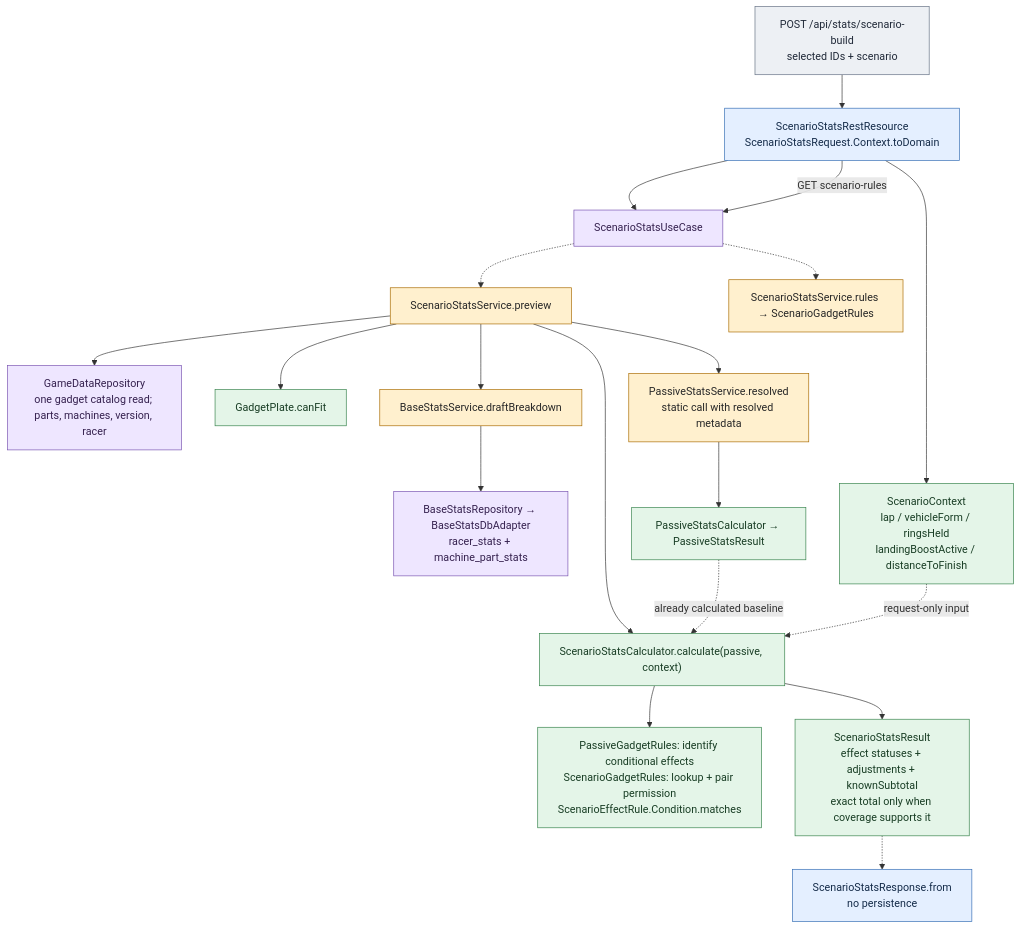
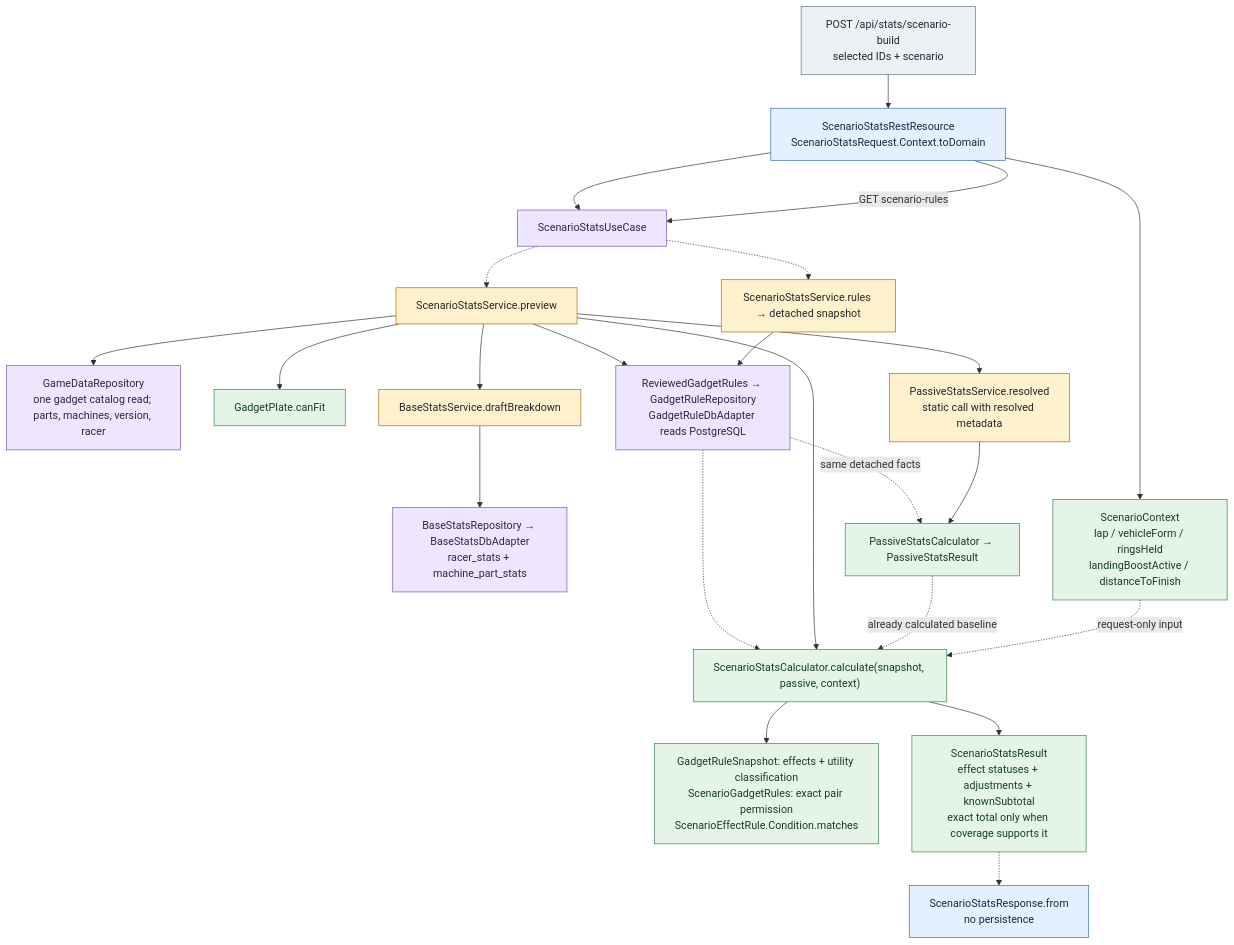
Diagram 14 of 31 in docs/architecture-atlas.md (alexungu04genoff/RingLab), drawn with Mermaid before and after one commit. The commit also changed other lines of this file and 66 other files, not shown here.

Commit message:
feat(game-data): externalize versioned gadget rule facts

````diff
--- a/docs/architecture-atlas.md
+++ b/docs/architecture-atlas.md
@@ -815,35 +845,39 @@
 ```mermaid
 flowchart TB
   h["POST /api/stats/scenario-build<br/>selected IDs + scenario"]:::outside
   r["ScenarioStatsRestResource<br/>ScenarioStatsRequest.Context.toDomain"]:::rest
   s["ScenarioStatsService.preview"]:::app
   game["GameDataRepository<br/>one gadget catalog read; parts, machines, version, racer"]:::port
   plate["GadgetPlate.canFit"]:::domain
   base["BaseStatsService.draftBreakdown"]:::app
   source["BaseStatsRepository → BaseStatsDbAdapter<br/>racer_stats + machine_part_stats"]:::port
   passive["PassiveStatsService.resolved<br/>static call with resolved metadata"]:::app
   pc["PassiveStatsCalculator → PassiveStatsResult"]:::domain
   ctx["ScenarioContext<br/>lap / vehicleForm / ringsHeld<br/>landingBoostActive / distanceToFinish"]:::domain
-  sc["ScenarioStatsCalculator.calculate(passive, context)"]:::domain
-  rules["PassiveGadgetRules: identify conditional effects<br/>ScenarioGadgetRules: lookup + pair permission<br/>ScenarioEffectRule.Condition.matches"]:::domain
+  sc["ScenarioStatsCalculator.calculate(snapshot, passive, context)"]:::domain
+  rules["GadgetRuleSnapshot: effects + utility classification<br/>ScenarioGadgetRules: exact pair permission<br/>ScenarioEffectRule.Condition.matches"]:::domain
   result["ScenarioStatsResult<br/>effect statuses + adjustments + knownSubtotal<br/>exact total only when coverage supports it"]:::domain
   dto["ScenarioStatsResponse.from<br/>no persistence"]:::rest
   h --> r --> input["ScenarioStatsUseCase"]:::port -.-> s
   r -->|"GET scenario-rules"| input
-  input -.-> metadata["ScenarioStatsService.rules → ScenarioGadgetRules"]:::app
+  input -.-> metadata["ScenarioStatsService.rules → detached snapshot"]:::app
+  s --> reviewed["ReviewedGadgetRules → GadgetRuleRepository<br/>GadgetRuleDbAdapter reads PostgreSQL"]:::port
+  reviewed -.->|"same detached facts"| pc
+  reviewed -.-> sc
+  metadata --> reviewed
   r --> ctx
   s --> game
   s --> plate
   s --> base --> source
   s --> passive --> pc
   s --> sc
   pc -.->|"already calculated baseline"| sc
   ctx -.->|"request-only input"| sc
   sc --> rules
   sc --> result -.-> dto
   classDef rest fill:#e4efff,stroke:#356db4,color:#142b49
   classDef app fill:#fff0ce,stroke:#a96b00,color:#272727
   classDef domain fill:#e4f5e8,stroke:#37834c,color:#183d24
   classDef port fill:#eee6ff,stroke:#7954b1,color:#35214f
   classDef outside fill:#edf0f4,stroke:#657184,color:#202938
 ```
````
